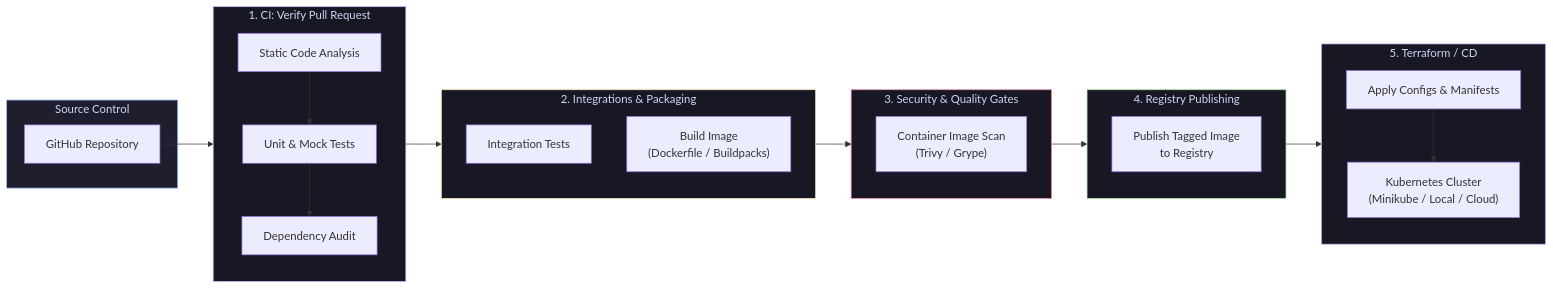
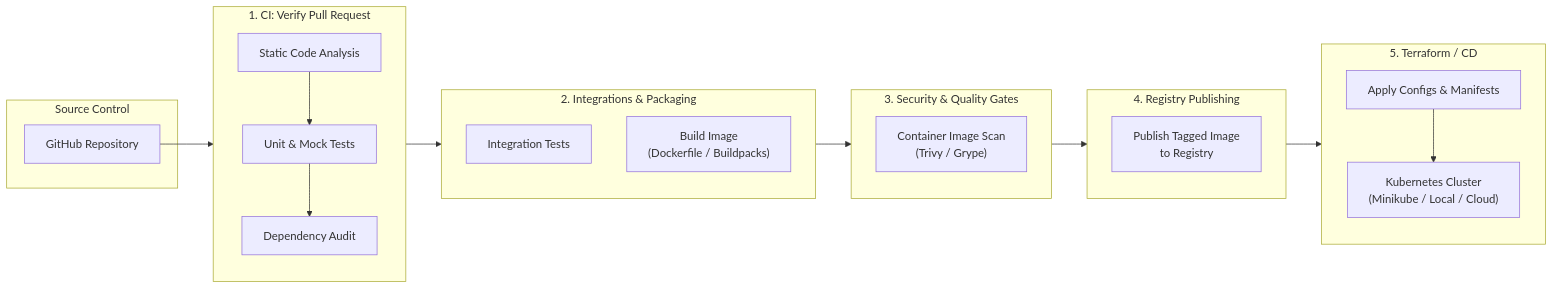
Before and after one commit to jakeeviado/kube-terra-stuffs: the diagram in README.md, drawn with Mermaid.

Commit message:
Remove phase styling from README (#4)
Readable diagram.

````diff
--- a/README.md
+++ b/README.md
@@ -6,53 +6,45 @@
 ```mermaid
 
 flowchart LR
     %% Node Definitions
     subgraph VCS["Source Control"]
         Repo["GitHub Repository"]
     end
 
     subgraph Phase1["1. CI: Verify Pull Request"]
         SCA["Static Code Analysis"]
         Tests["Unit & Mock Tests"]
         DepAudit["Dependency Audit"]
 
         SCA --> Tests
         Tests --> DepAudit
     end
 
     subgraph Phase2["2. Integrations & Packaging"]
         Integration["Integration Tests"]
         DockerBuild["Build Image\n(Dockerfile / Buildpacks)"]
     end
 
     subgraph Phase3["3. Security & Quality Gates"]
         ImageScan["Container Image Scan\n(Trivy / Grype)"]
     end
 
     subgraph Phase4["4. Registry Publishing"]
         Publish["Publish Tagged Image\nto Registry"]
     end
 
     subgraph Phase5["5. Terraform / CD"]
         Terraform["Apply Configs & Manifests"]
         K8sCluster["Kubernetes Cluster\n(Minikube / Local / Cloud)"]
 
         Terraform --> K8sCluster
     end
 
     %% Flow Connections
     Repo --> Phase1
     Phase1 --> Phase2
     Phase2 --> Phase3
     Phase3 --> Phase4
     Phase4 --> Phase5
 
-    %% Styling
-    style VCS fill:#1e1e2e,stroke:#89b4fa,color:#cdd6f4
-    style Phase1 fill:#181825,stroke:#b4befe,color:#cdd6f4
-    style Phase2 fill:#181825,stroke:#f9e2af,color:#cdd6f4
-    style Phase3 fill:#181825,stroke:#f38ba8,color:#cdd6f4
-    style Phase4 fill:#181825,stroke:#a6e3a1,color:#cdd6f4
-    style Phase5 fill:#181825,stroke:#cba6f7,color:#cdd6f4
-
 ```
````
